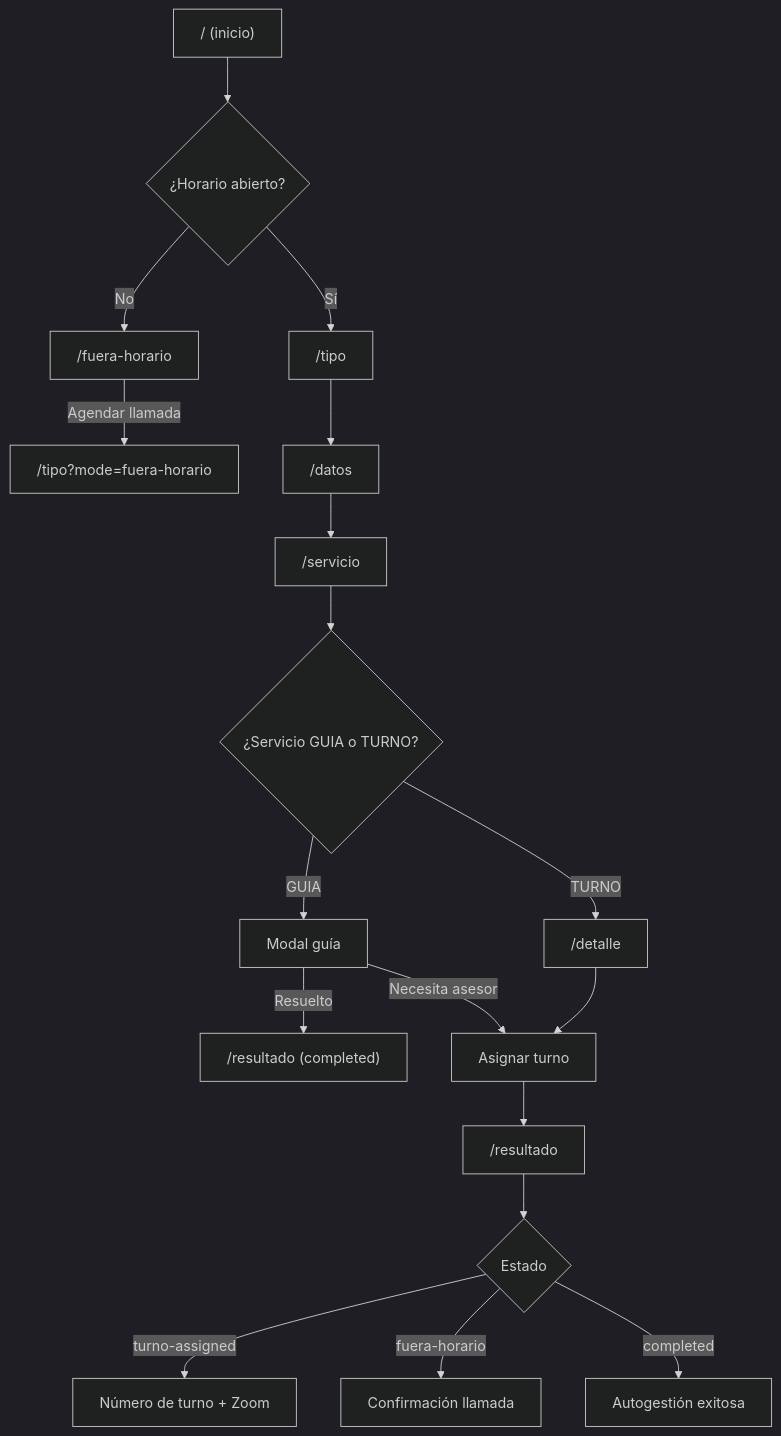
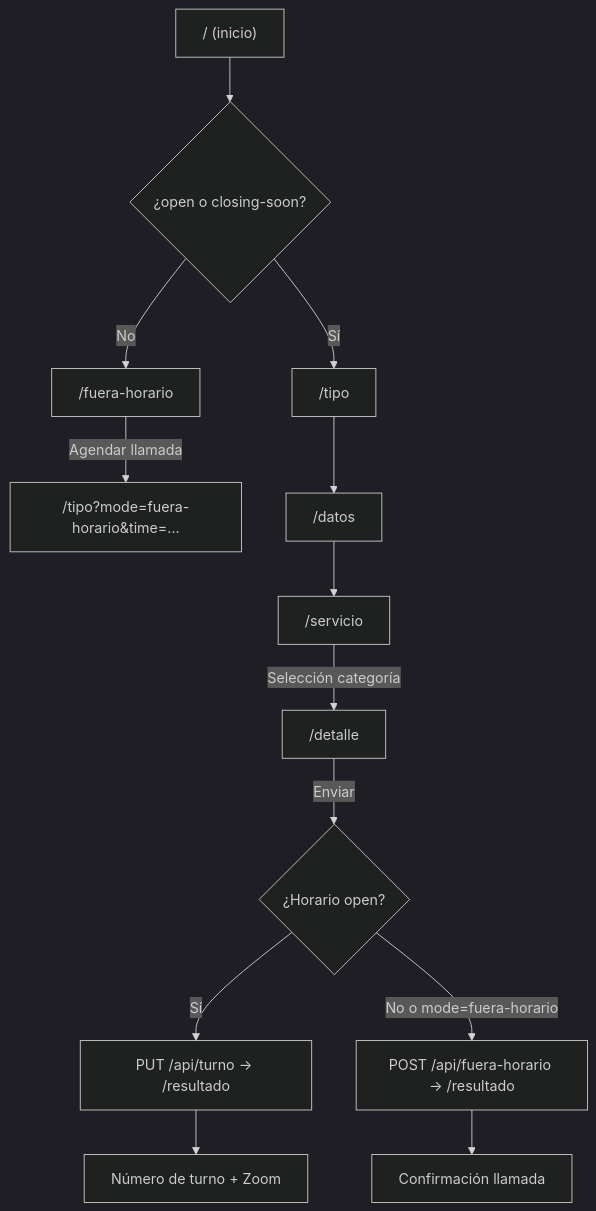
One commit to indicadores-ssee/campus360-hub changed the diagram in README.md. Above: the diagram before and after it, drawn with Mermaid (dark theme). The commit also changed other lines of this file, not shown here.

````diff
--- a/README.md
+++ b/README.md
@@ -274,20 +197,15 @@
 ```mermaid
 flowchart TD
-    A["/ (inicio)"] --> B{¿Horario abierto?}
+    A["/ (inicio)"] --> B{¿open o closing-soon?}
     B -->|Sí| C["/tipo"]
     B -->|No| D["/fuera-horario"]
-    D -->|Agendar llamada| E["/tipo?mode=fuera-horario"]
+    D -->|Agendar llamada| E["/tipo?mode=fuera-horario&time=..."]
     C --> F["/datos"]
     F --> G["/servicio"]
-    G --> H{¿Servicio GUIA o TURNO?}
-    H -->|GUIA| I["Modal guía"]
-    I -->|Resuelto| J["/resultado (completed)"]
-    I -->|Necesita asesor| K["Asignar turno"]
-    H -->|TURNO| L["/detalle"]
-    L --> K
-    K --> M["/resultado"]
-    M --> N{Estado}
-    N -->|turno-assigned| O["Número de turno + Zoom"]
-    N -->|fuera-horario| P["Confirmación llamada"]
-    N -->|completed| Q["Autogestión exitosa"]
+    G -->|Selección categoría| H["/detalle"]
+    H -->|Enviar| I{¿Horario open?}
+    I -->|Sí| J["PUT /api/turno → /resultado"]
+    I -->|No o mode=fuera-horario| K["POST /api/fuera-horario → /resultado"]
+    J --> L["Número de turno + Zoom"]
+    K --> M["Confirmación llamada"]
 ```
````
